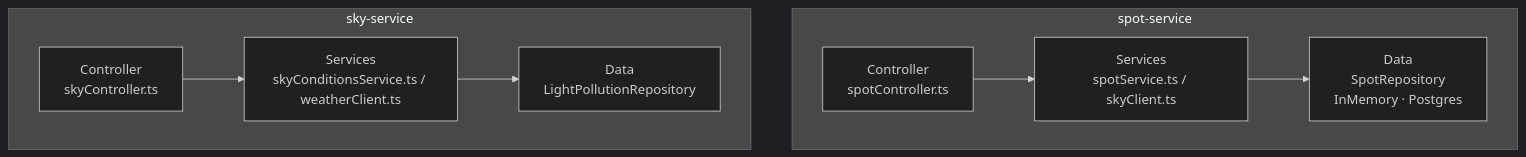
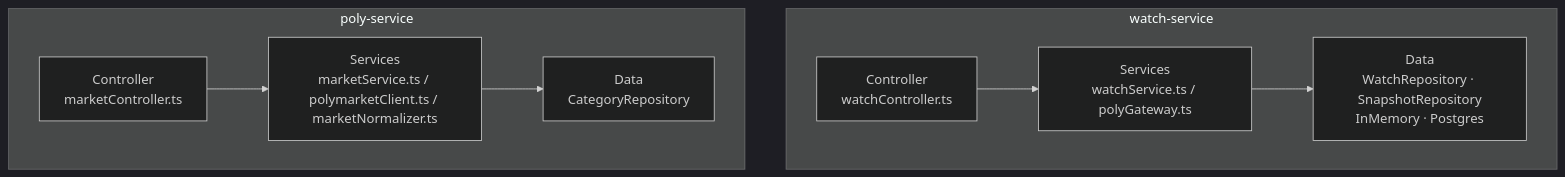
One commit to 2soum/PolyPulse changed the second of 3 diagrams in docs/ARCHITECTURE.md. Above: the diagram before and after it, drawn with Mermaid (dark theme). The commit also changed other lines of this file and 7 other files, not shown here.

First line of the commit message:
docs: rapport PDF PolyPulse (thème noir & vert) + README/ARCHITECTURE à jour + captures

````diff
--- a/docs/ARCHITECTURE.md
+++ b/docs/ARCHITECTURE.md
@@ -25,15 +24,15 @@
 ```mermaid
 flowchart TB
-    subgraph spot-service
-        C1[Controller<br/>spotController.ts]
-        S1[Services<br/>spotService.ts / skyClient.ts]
-        D1[Data<br/>SpotRepository<br/>InMemory · Postgres]
+    subgraph watch-service
+        C1[Controller<br/>watchController.ts]
+        S1[Services<br/>watchService.ts / polyGateway.ts]
+        D1[Data<br/>WatchRepository · SnapshotRepository<br/>InMemory · Postgres]
         C1 --> S1 --> D1
     end
-    subgraph sky-service
-        C2[Controller<br/>skyController.ts]
-        S2[Services<br/>skyConditionsService.ts / weatherClient.ts]
-        D2[Data<br/>LightPollutionRepository]
+    subgraph poly-service
+        C2[Controller<br/>marketController.ts]
+        S2[Services<br/>marketService.ts / polymarketClient.ts / marketNormalizer.ts]
+        D2[Data<br/>CategoryRepository]
         C2 --> S2 --> D2
     end
 ```
````
